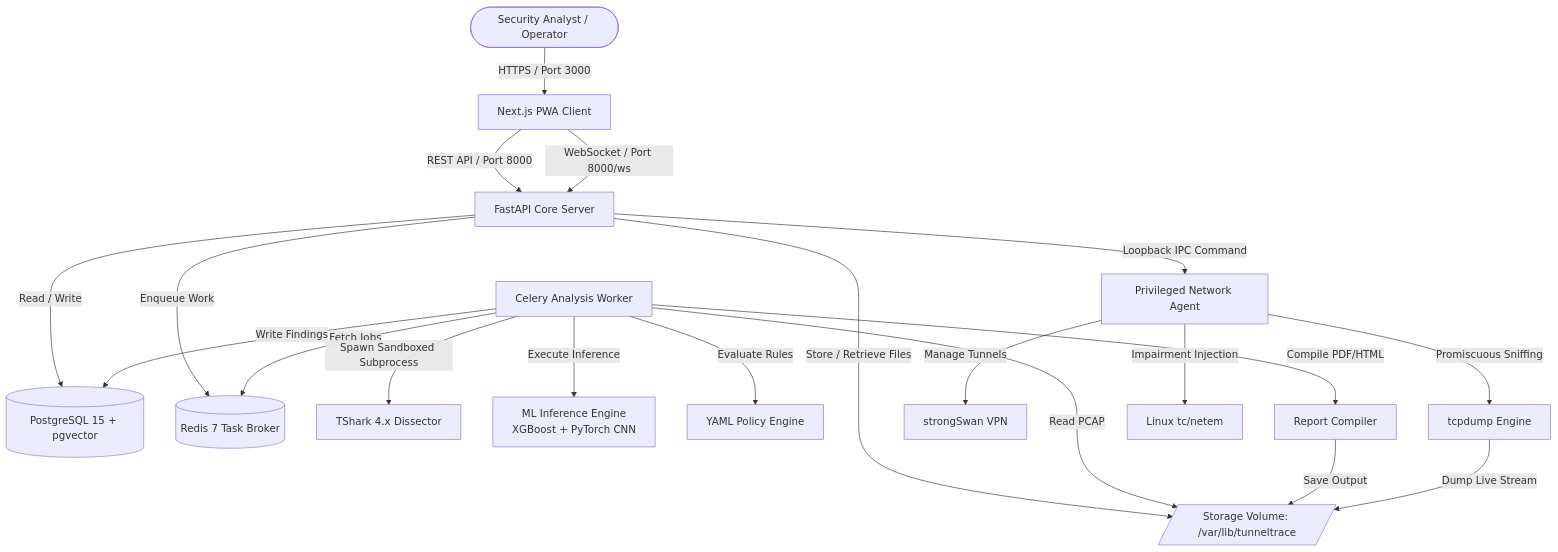
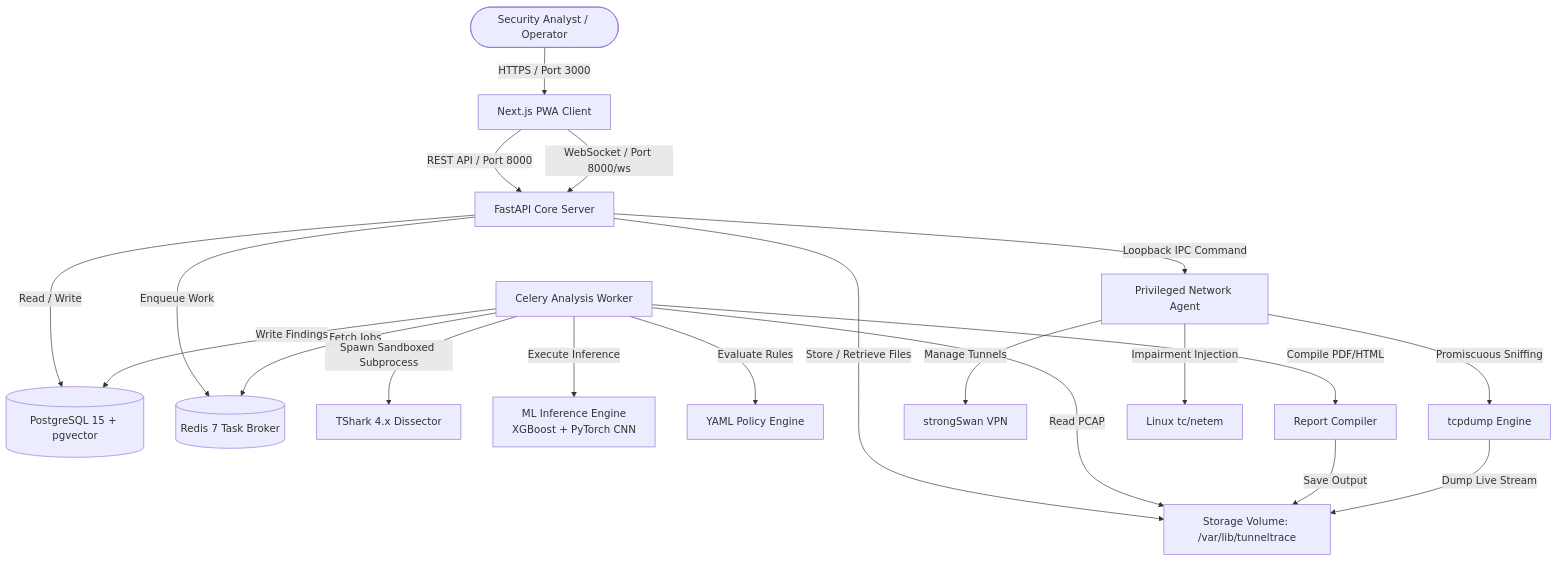
Before and after one commit to sharancode3/TunnelTrace-AI: the third of 15 diagrams in docs/architecture/DEPLOYMENT.md, drawn with Mermaid. The commit also changed other lines of this file and 14 other files, not shown here.

Commit message:
fix(docs): standardize all Mermaid diagram syntax for GitHub rendering

````diff
--- a/docs/architecture/DEPLOYMENT.md
+++ b/docs/architecture/DEPLOYMENT.md
@@ -241,25 +245,27 @@
 ```mermaid
+
 graph TD
-    User([Security Analyst / Operator]) -->|HTTPS / Port 3000| FE[Next.js PWA Client]
-    FE -->|REST API / Port 8000| API[FastAPI Core Server]
-    FE -->|WebSocket / Port 8000/ws| API
+    User(["Security Analyst / Operator"]) -->|"HTTPS / Port 3000"| FE["Next.js PWA Client"]
+    FE -->|"REST API / Port 8000"| API["FastAPI Core Server"]
+    FE -->|"WebSocket / Port 8000/ws"| API
     
-    API -->|Read / Write| PG[(PostgreSQL 15 + pgvector)]
-    API -->|Enqueue Work| RD[(Redis 7 Task Broker)]
-    API -->|Store / Retrieve Files| VOL[/Storage Volume: /var/lib/tunneltrace/]
+    API -->|"Read / Write"| PG[("PostgreSQL 15 + pgvector")]
+    API -->|"Enqueue Work"| RD[("Redis 7 Task Broker")]
+    API -->|"Store / Retrieve Files"| VOL["Storage Volume: /var/lib/tunneltrace"]
     
-    WRK[Celery Analysis Worker] -->|Fetch Jobs| RD
-    WRK -->|Read PCAP| VOL
-    WRK -->|Spawn Sandboxed Subprocess| TSHARK[TShark 4.x Dissector]
-    WRK -->|Execute Inference| ML[ML Inference Engine<br>XGBoost + PyTorch CNN]
-    WRK -->|Evaluate Rules| POL[YAML Policy Engine]
-    WRK -->|Write Findings| PG
-    WRK -->|Compile PDF/HTML| RPT[Report Compiler]
-    RPT -->|Save Output| VOL
+    WRK["Celery Analysis Worker"] -->|"Fetch Jobs"| RD
+    WRK -->|"Read PCAP"| VOL
+    WRK -->|"Spawn Sandboxed Subprocess"| TSHARK["TShark 4.x Dissector"]
+    WRK -->|"Execute Inference"| ML["ML Inference Engine<br/>XGBoost + PyTorch CNN"]
+    WRK -->|"Evaluate Rules"| POL["YAML Policy Engine"]
+    WRK -->|"Write Findings"| PG
+    WRK -->|"Compile PDF/HTML"| RPT["Report Compiler"]
+    RPT -->|"Save Output"| VOL
     
-    API -->|Loopback IPC Command| AGENT[Privileged Network Agent]
-    AGENT -->|Manage Tunnels| SWAN[strongSwan VPN]
-    AGENT -->|Promiscuous Sniffing| PCAP[tcpdump Engine]
-    AGENT -->|Impairment Injection| NETEM[Linux tc/netem]
-    PCAP -->|Dump Live Stream| VOL
+    API -->|"Loopback IPC Command"| AGENT["Privileged Network Agent"]
+    AGENT -->|"Manage Tunnels"| SWAN["strongSwan VPN"]
+    AGENT -->|"Promiscuous Sniffing"| PCAP["tcpdump Engine"]
+    AGENT -->|"Impairment Injection"| NETEM["Linux tc/netem"]
+    PCAP -->|"Dump Live Stream"| VOL
+
 ```
````
